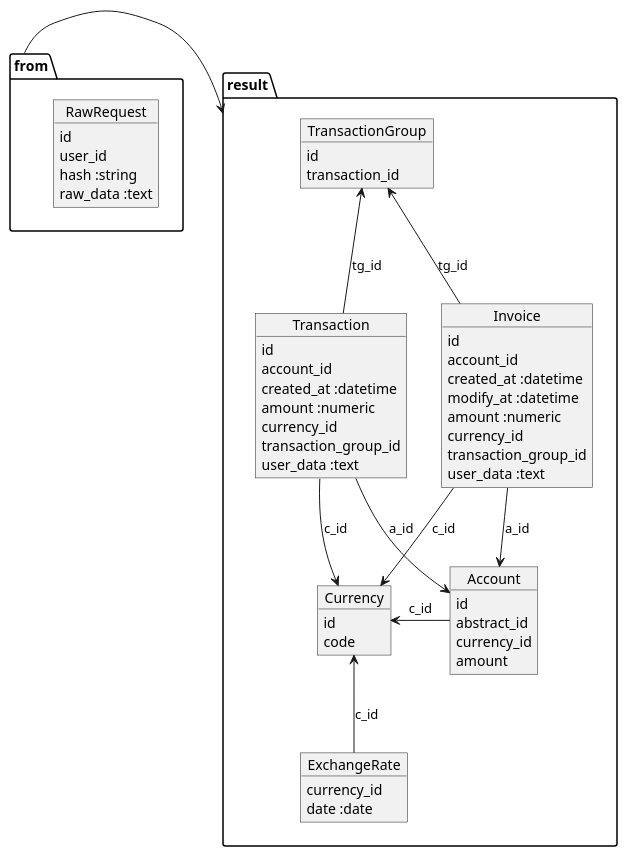
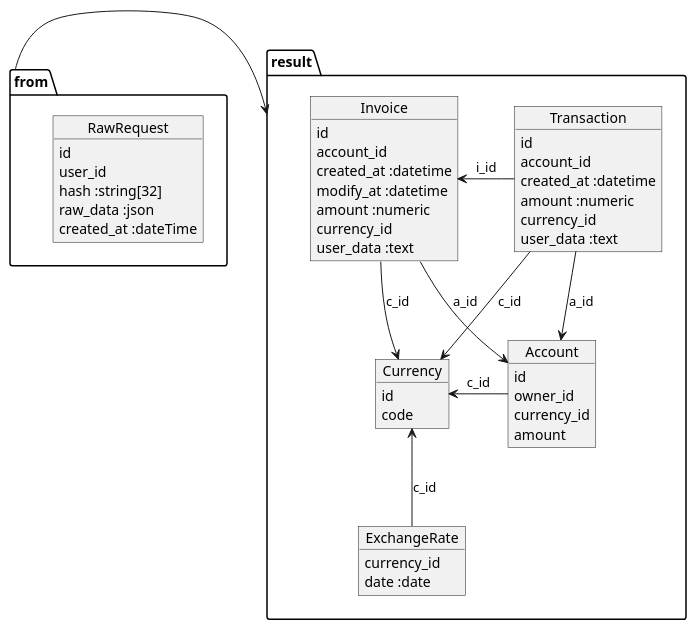
Before and after one commit to upsky/wlm: the diagram in finance/docs/schema.puml, drawn with PlantUML. The commit also changed 1 other file, not shown here.

Commit message:
change schema: remove transaction_group table; add knex migration for creating postresql database;

```diff
--- a/finance/docs/schema.puml
+++ b/finance/docs/schema.puml
@@ -1,68 +1,62 @@
 @startuml
 
 package from {
     object RawRequest {
         id
         user_id
-        hash :string
-        raw_data :text
+        hash :string[32]
+        raw_data :json
+        created_at :dateTime
     }
 }
 
 package result {
     object Currency {
         id
         code
     }
 
     object Account {
         id
-        abstract_id
+        owner_id
         currency_id
         amount
     }
 
     object Transaction {
         id
         account_id
         created_at :datetime
         amount :numeric
         currency_id
-        transaction_group_id
         user_data :text
     }
 
     object Invoice {
         id
         account_id
         created_at :datetime
         modify_at :datetime
         amount :numeric
         currency_id
-        transaction_group_id
         user_data :text
     }
 
     object ExchangeRate {
         currency_id
         date :date
     }
 
-    object TransactionGroup {
-        id
-        transaction_id
-    }
 }
 
 from -right-> result
 
 Account -left-> Currency:c_id
 Transaction -down-> Account:a_id
 Transaction -down-> Currency:c_id
 Invoice -down-> Currency:c_id
 Invoice -down-> Account:a_id
 ExchangeRate -up-> Currency:c_id
-Transaction -up-> TransactionGroup:tg_id
-Invoice -up-> TransactionGroup:tg_id
+Transaction -left-> Invoice:i_id
 
 @enduml
```
